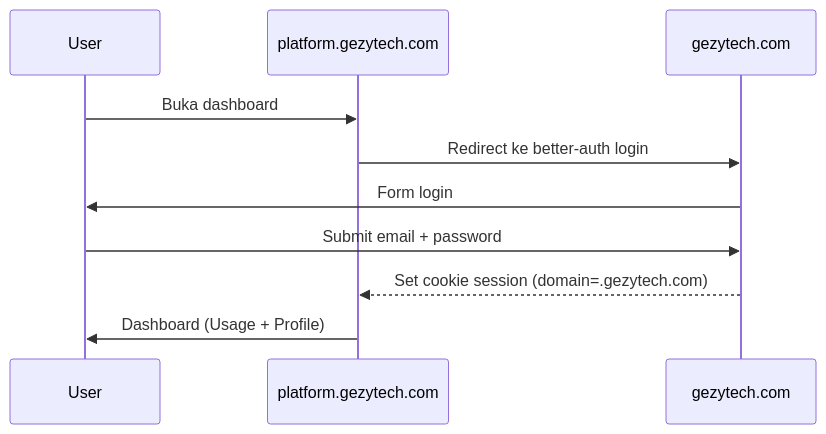
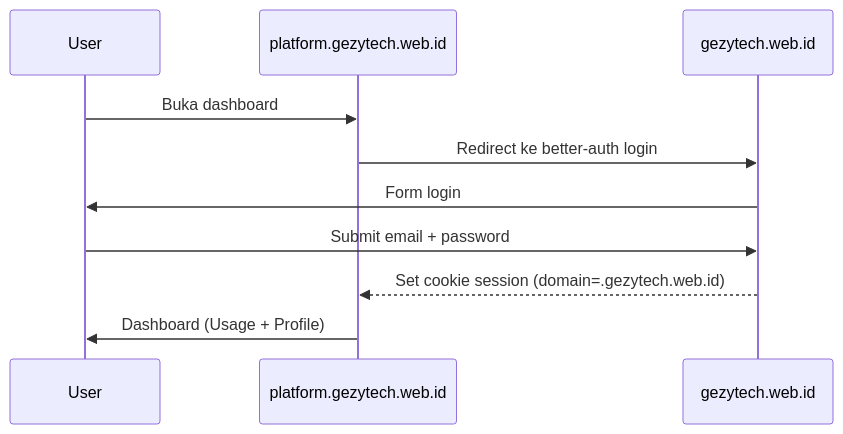
One commit to pakgun10/gezytech changed the diagram in Catatanku/gezytech-platform/prd-gezytech-platform.md. Above: the diagram before and after it, drawn with Mermaid. The commit also changed other lines of this file and 8 other files, not shown here.

````diff
--- a/Catatanku/gezytech-platform/prd-gezytech-platform.md
+++ b/Catatanku/gezytech-platform/prd-gezytech-platform.md
@@ -32,9 +32,9 @@
 ```mermaid
 sequenceDiagram
-    User->>platform.gezytech.com: Buka dashboard
-    platform.gezytech.com->>gezytech.com: Redirect ke better-auth login
-    gezytech.com->>User: Form login
-    User->>gezytech.com: Submit email + password
-    gezytech.com-->>platform.gezytech.com: Set cookie session (domain=.gezytech.com)
-    platform.gezytech.com->>User: Dashboard (Usage + Profile)
+    User->>platform.gezytech.web.id: Buka dashboard
+    platform.gezytech.web.id->>gezytech.web.id: Redirect ke better-auth login
+    gezytech.web.id->>User: Form login
+    User->>gezytech.web.id: Submit email + password
+    gezytech.web.id-->>platform.gezytech.web.id: Set cookie session (domain=.gezytech.web.id)
+    platform.gezytech.web.id->>User: Dashboard (Usage + Profile)
 ```
````
